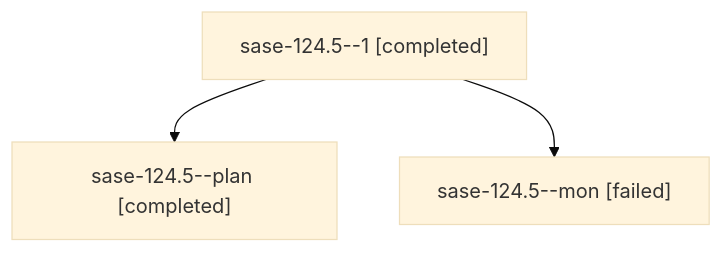
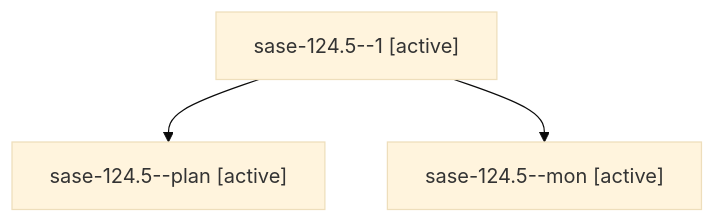
One commit to sase-org/sase--agents changed the diagram in families/bbugyi200.athena.sase-124.5.md. Above: the diagram before and after it, drawn with Mermaid (base theme). The commit also changed other lines of this file and 35830 other files, not shown here.

````diff
--- a/families/bbugyi200.athena.sase-124.5.md
+++ b/families/bbugyi200.athena.sase-124.5.md
@@ -9,8 +9,8 @@
 ```mermaid
 flowchart TD
-  n0["sase-124.5--1 [completed]"]
-  n1["sase-124.5--plan [completed]"]
+  n0["sase-124.5--1 [active]"]
+  n1["sase-124.5--plan [active]"]
   n0 --> n1
-  n2["sase-124.5--mon [failed]"]
+  n2["sase-124.5--mon [active]"]
   n0 --> n2
 ```
````
